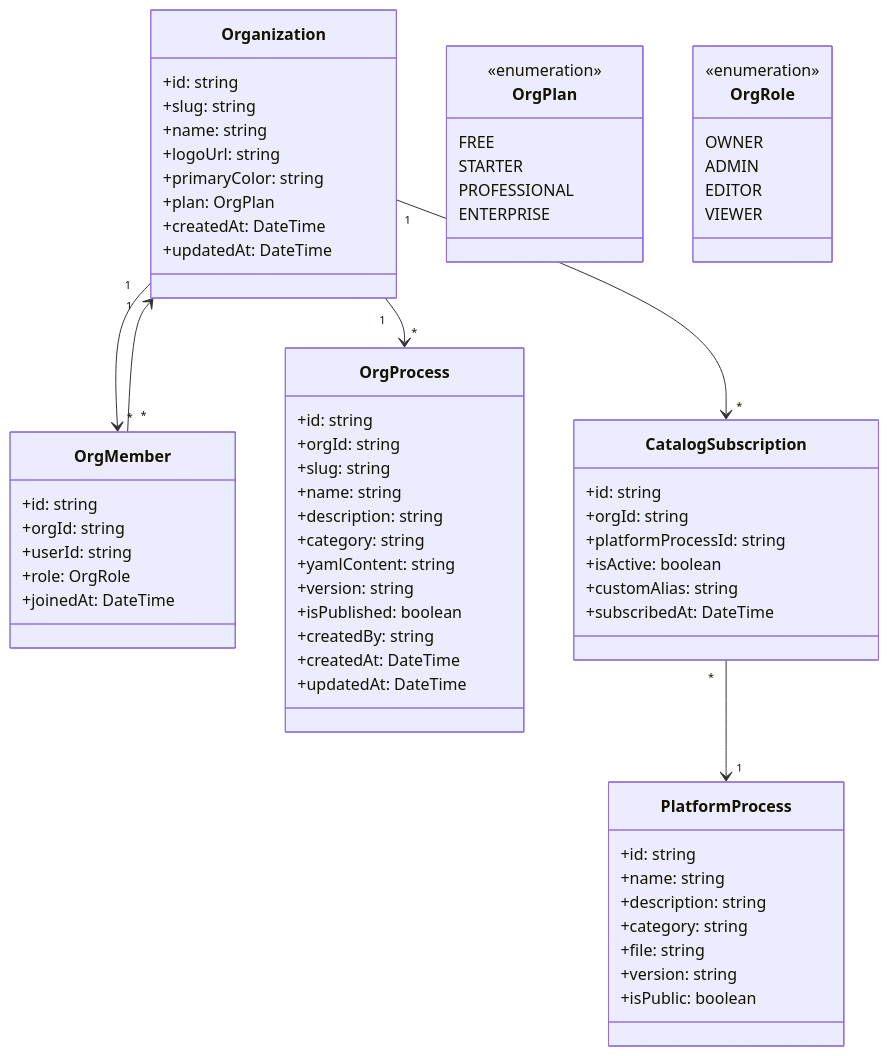
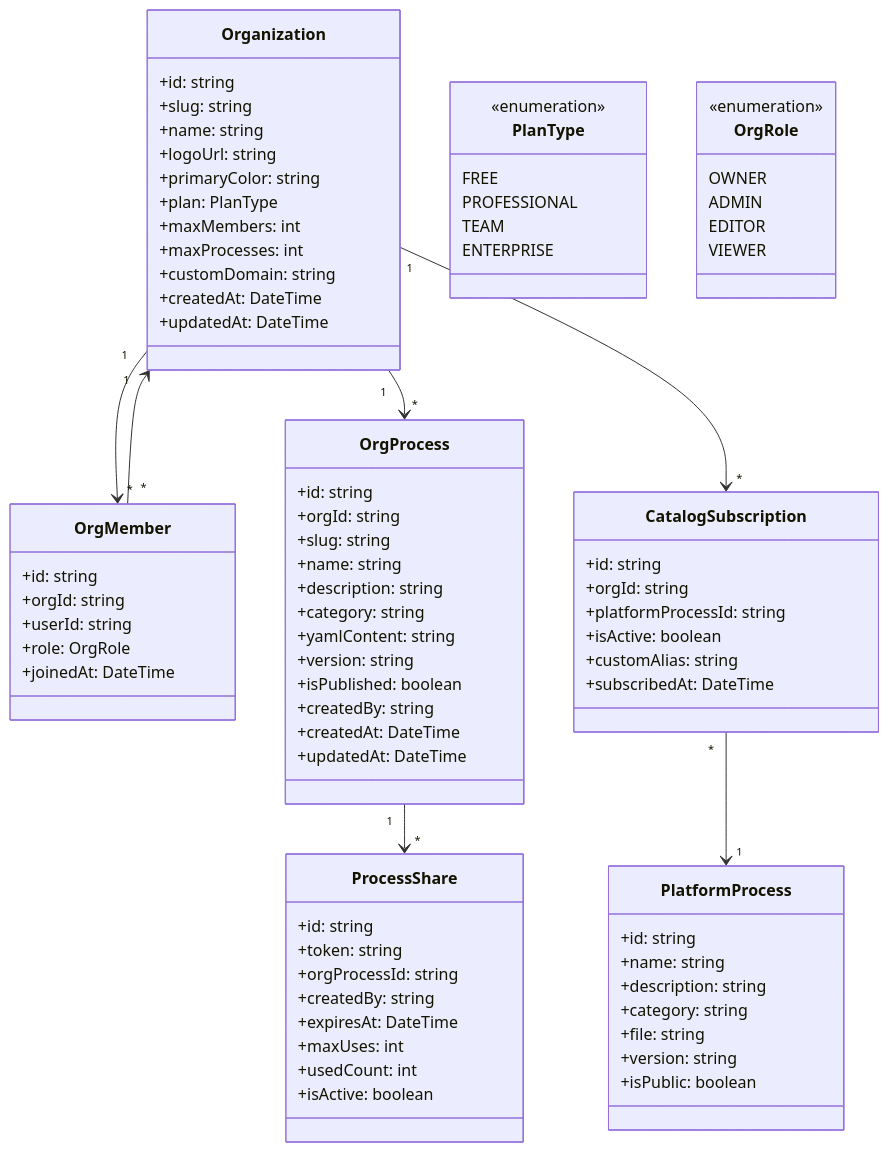
One commit to habolanos/devsecops-process-tracker changed the fifth of 8 diagrams in docs/features/propuesta-catalogo-empresarial.md. Above: the diagram before and after it, drawn with Mermaid. The commit also changed other lines of this file, not shown here.

````diff
--- a/docs/features/propuesta-catalogo-empresarial.md
+++ b/docs/features/propuesta-catalogo-empresarial.md
@@ -434,7 +657,10 @@
         +name: string
         +logoUrl: string
         +primaryColor: string
-        +plan: OrgPlan
+        +plan: PlanType
+        +maxMembers: int
+        +maxProcesses: int
+        +customDomain: string
         +createdAt: DateTime
         +updatedAt: DateTime
     }
@@ -481,12 +707,23 @@
         +isPublic: boolean
     }
 
-    class OrgPlan {
+    class PlanType {
         <<enumeration>>
         FREE
-        STARTER
         PROFESSIONAL
+        TEAM
         ENTERPRISE
+    }
+
+    class ProcessShare {
+        +id: string
+        +token: string
+        +orgProcessId: string
+        +createdBy: string
+        +expiresAt: DateTime
+        +maxUses: int
+        +usedCount: int
+        +isActive: boolean
     }
 
     class OrgRole {
@@ -500,6 +737,7 @@
     Organization "1" --> "*" OrgMember
     Organization "1" --> "*" OrgProcess
     Organization "1" --> "*" CatalogSubscription
+    OrgProcess "1" --> "*" ProcessShare
     CatalogSubscription "*" --> "1" PlatformProcess
     OrgMember "*" --> "1" Organization
 ```
````
